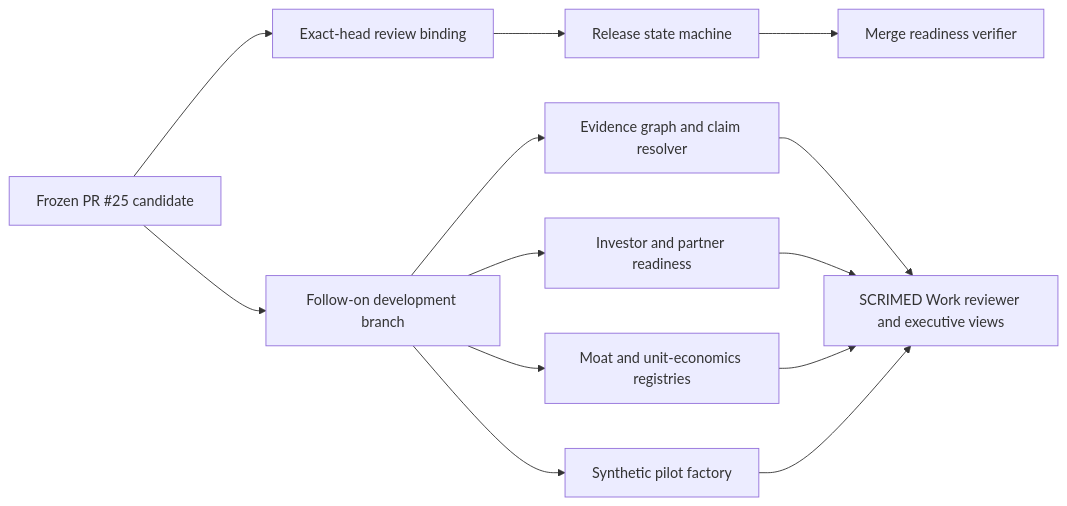
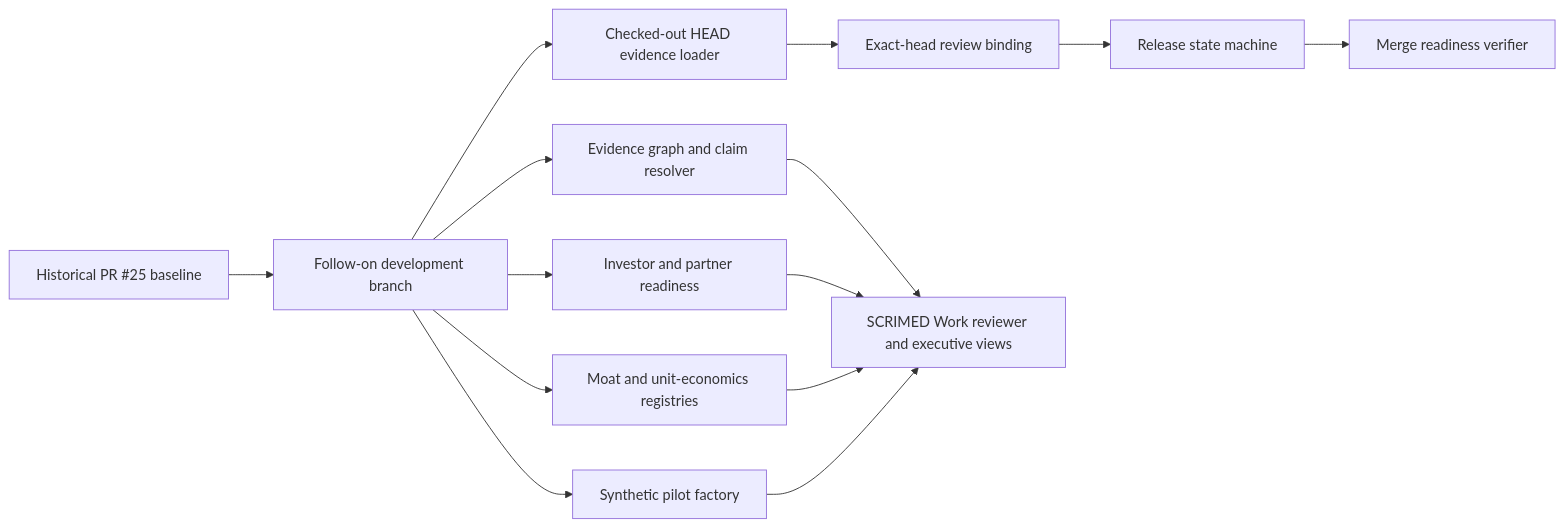
The diagram in docs/release/POST_PR25_PLATFORM_ADVANCE.md (temitayodahunsi777/scrimed-site), drawn with Mermaid before and after one commit. The commit also changed other lines of this file and 3 other files, not shown here.

Commit message:
fix(review): bind readiness to current head

````diff
--- a/docs/release/POST_PR25_PLATFORM_ADVANCE.md
+++ b/docs/release/POST_PR25_PLATFORM_ADVANCE.md
@@ -5,15 +5,16 @@
 ```mermaid
 flowchart LR
-  A["Frozen PR #25 candidate"] --> B["Exact-head review binding"]
-  B --> C["Release state machine"]
-  C --> D["Merge readiness verifier"]
-  A --> E["Follow-on development branch"]
+  A["Historical PR #25 baseline"] --> E["Follow-on development branch"]
+  E --> B["Checked-out HEAD evidence loader"]
+  B --> C["Exact-head review binding"]
+  C --> D["Release state machine"]
+  D --> K["Merge readiness verifier"]
   E --> F["Evidence graph and claim resolver"]
   E --> G["Investor and partner readiness"]
   E --> H["Moat and unit-economics registries"]
   E --> I["Synthetic pilot factory"]
   F --> J["SCRIMED Work reviewer and executive views"]
   G --> J
   H --> J
   I --> J
 ```
````
